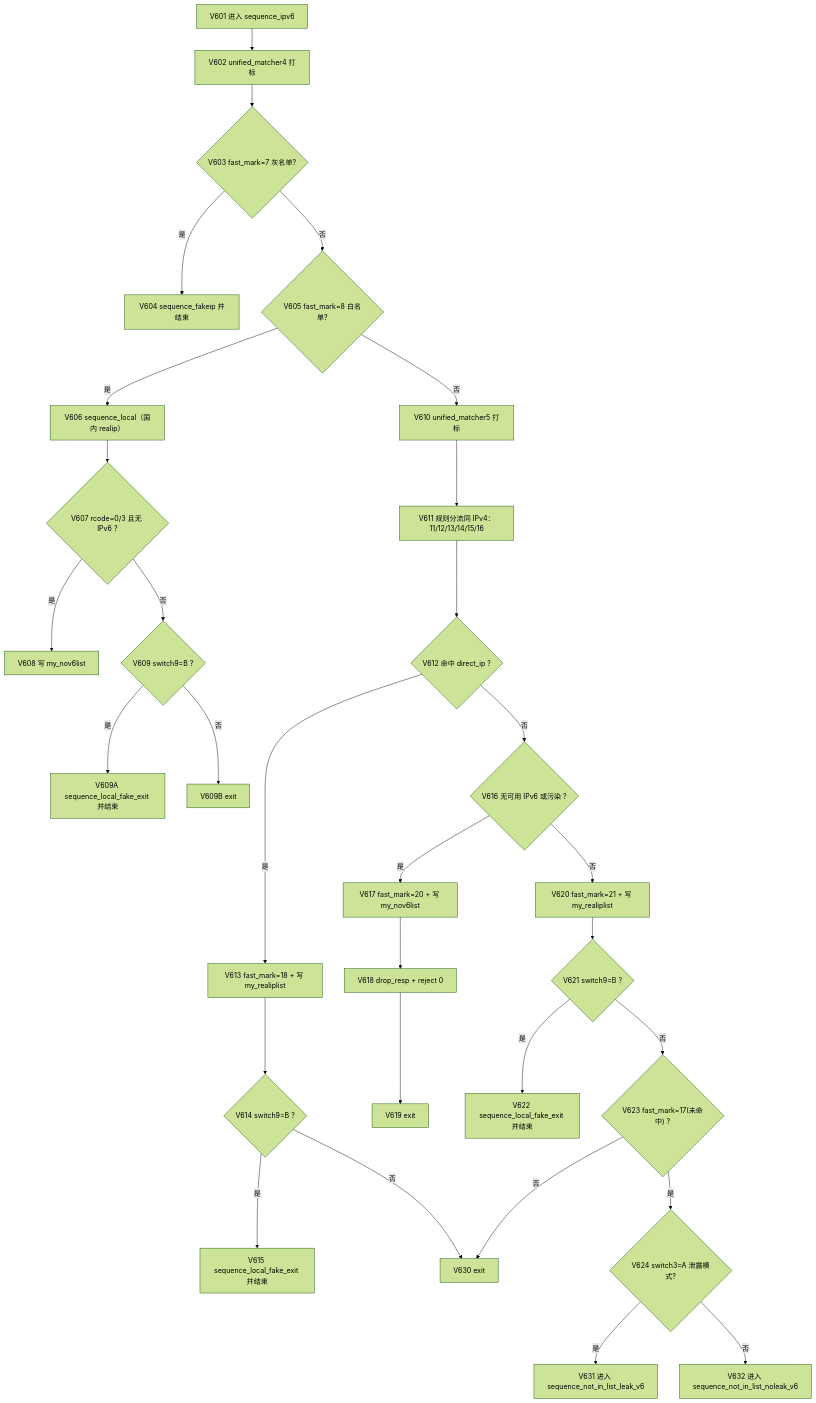
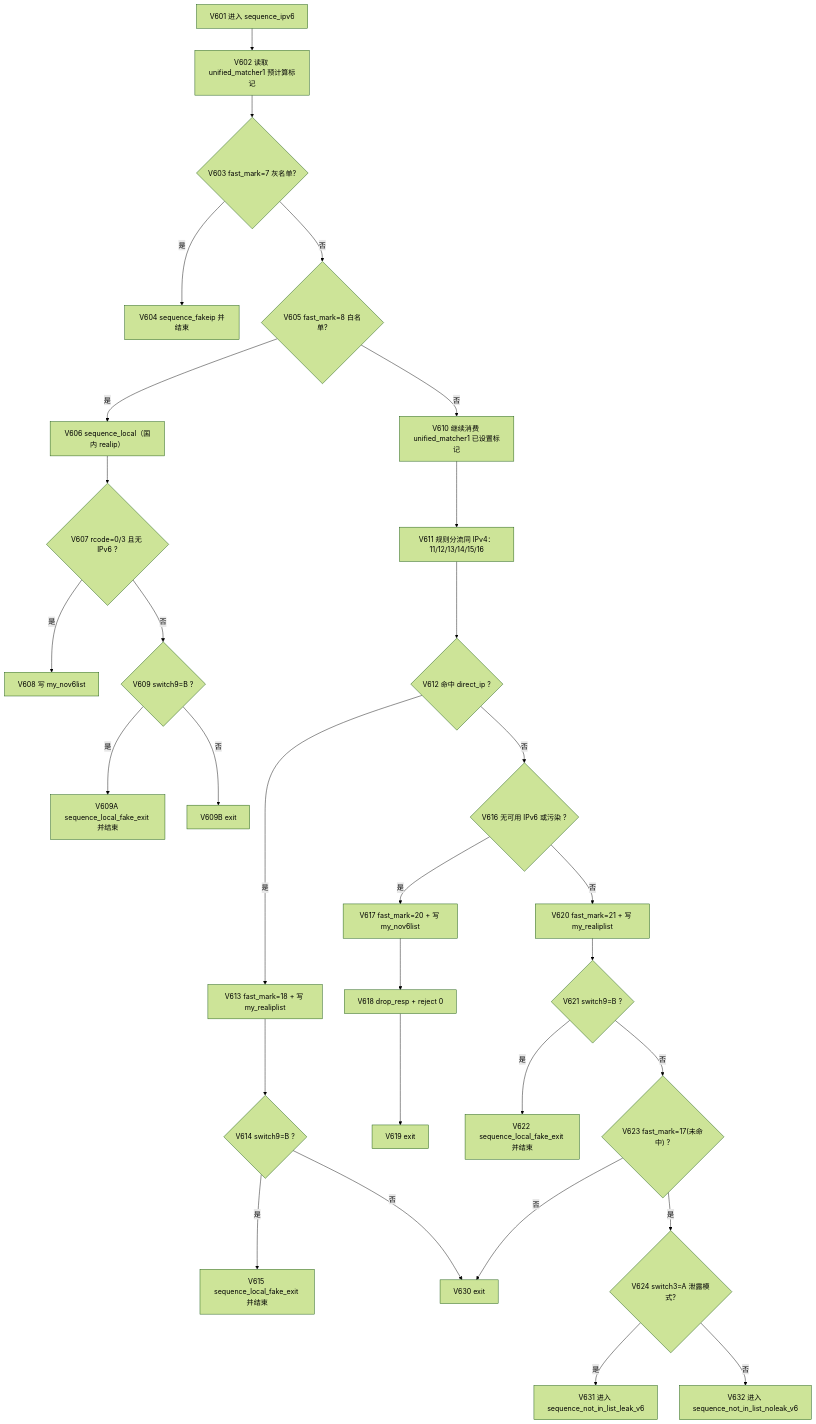
Before and after one commit to msm9527/mosdns: the third of 5 diagrams in docs/DNS_FLOW_DETAILED.md, drawn with Mermaid (forest theme). The commit also changed other lines of this file and 2 other files, not shown here.

Commit message:
补充 switch15 快路径测试与流程文档 / Add switch15 fast-path tests and flow docs

````diff
--- a/docs/DNS_FLOW_DETAILED.md
+++ b/docs/DNS_FLOW_DETAILED.md
@@ -87,38 +87,38 @@
 ```mermaid
 flowchart TD
-    V601["V601 进入 sequence_ipv6"] --> V602["V602 unified_matcher4 打标"]
+    V601["V601 进入 sequence_ipv6"] --> V602["V602 读取 unified_matcher1 预计算标记"]
     V602 --> V603{"V603 fast_mark=7 灰名单?"}
     V603 -- 是 --> V604["V604 sequence_fakeip 并结束"]
     V603 -- 否 --> V605{"V605 fast_mark=8 白名单?"}
     V605 -- 是 --> V606["V606 sequence_local（国内 realip）"]
-    V605 -- 否 --> V610["V610 unified_matcher5 打标"]
+    V605 -- 否 --> V610["V610 继续消费 unified_matcher1 已设置标记"]
 
     V606 --> V607{"V607 rcode=0/3 且无 IPv6 ?"}
     V607 -- 是 --> V608["V608 写 my_nov6list"]
     V607 -- 否 --> V609{"V609 switch9=B ?"}
     V609 -- 是 --> V609A["V609A sequence_local_fake_exit 并结束"]
     V609 -- 否 --> V609B["V609B exit"]
 
     V610 --> V611["V611 规则分流同 IPv4：11/12/13/14/15/16"]
     V611 --> V612{"V612 命中 direct_ip ?"}
     V612 -- 是 --> V613["V613 fast_mark=18 + 写 my_realiplist"]
     V612 -- 否 --> V616{"V616 无可用 IPv6 或污染 ?"}
 
     V613 --> V614{"V614 switch9=B ?"}
     V614 -- 是 --> V615["V615 sequence_local_fake_exit 并结束"]
     V614 -- 否 --> V630["V630 exit"]
 
     V616 -- 是 --> V617["V617 fast_mark=20 + 写 my_nov6list"]
     V616 -- 否 --> V620["V620 fast_mark=21 + 写 my_realiplist"]
 
     V617 --> V618["V618 drop_resp + reject 0"]
     V618 --> V619["V619 exit"]
 
     V620 --> V621{"V621 switch9=B ?"}
     V621 -- 是 --> V622["V622 sequence_local_fake_exit 并结束"]
     V621 -- 否 --> V623{"V623 fast_mark=17(未命中) ?"}
     V623 -- 否 --> V630
     V623 -- 是 --> V624{"V624 switch3=A 泄露模式?"}
     V624 -- 是 --> V631["V631 进入 sequence_not_in_list_leak_v6"]
     V624 -- 否 --> V632["V632 进入 sequence_not_in_list_noleak_v6"]
 ```
````
